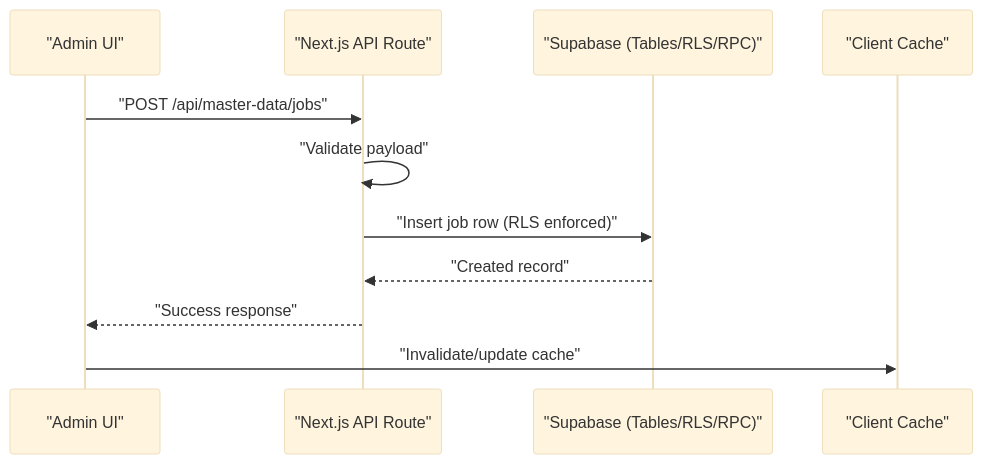
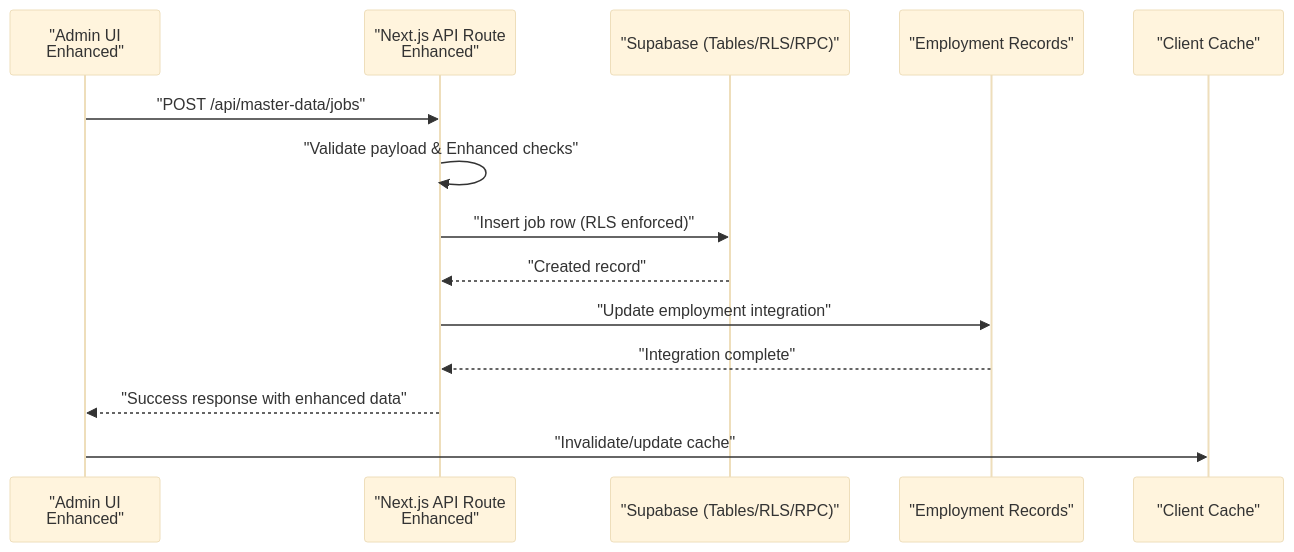
The second of 7 diagrams in .qoder/repowiki/en/content/Administration/Master Data Management.md (EdwinCycling/LiquidHR), drawn with Mermaid (base theme) before and after one commit. The commit also changed other lines of this file and 26 other files, not shown here.

````diff
--- a/.qoder/repowiki/en/content/Administration/Master Data Management.md
+++ b/.qoder/repowiki/en/content/Administration/Master Data Management.md
@@ -155,13 +165,16 @@
 ```mermaid
 sequenceDiagram
-participant Admin as "Admin UI"
-participant Route as "Next.js API Route"
+participant Admin as "Admin UI<br/>Enhanced"
+participant Route as "Next.js API Route<br/>Enhanced"
 participant DB as "Supabase (Tables/RLS/RPC)"
+participant Employment as "Employment Records"
 participant Cache as "Client Cache"
 Admin->>Route : "POST /api/master-data/jobs"
-Route->>Route : "Validate payload"
+Route->>Route : "Validate payload & Enhanced checks"
 Route->>DB : "Insert job row (RLS enforced)"
 DB-->>Route : "Created record"
-Route-->>Admin : "Success response"
+Route->>Employment : "Update employment integration"
+Employment-->>Route : "Integration complete"
+Route-->>Admin : "Success response with enhanced data"
 Admin->>Cache : "Invalidate/update cache"
 ```
````
